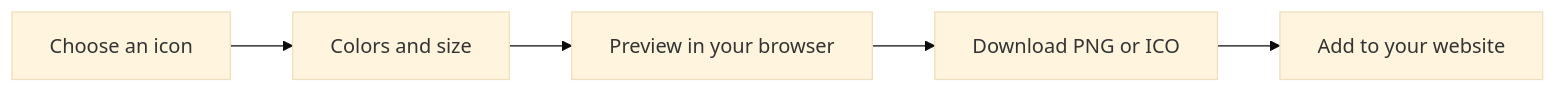
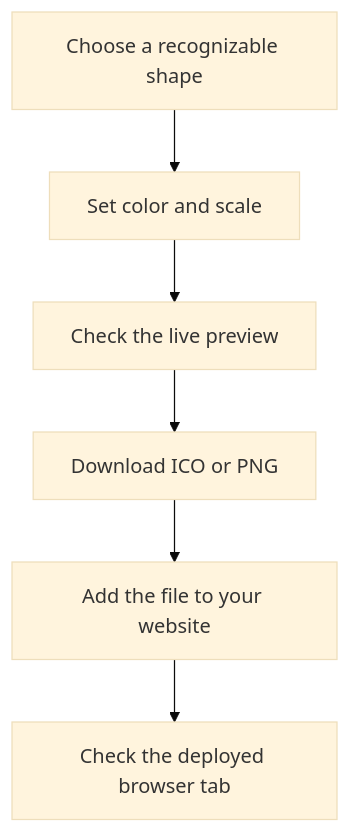
Before and after one commit to nicholasadamou/iconforge: the diagram in docs/README.md, drawn with Mermaid (base theme). The commit also changed other lines of this file and 28 other files, not shown here.

````diff
--- a/docs/README.md
+++ b/docs/README.md
@@ -9,7 +11,8 @@
 ```mermaid
-flowchart LR
-  A[Choose an icon] --> B[Colors and size]
-  B --> C[Preview in your browser]
-  C --> D[Download PNG or ICO]
-  D --> E[Add to your website]
+flowchart TD
+  Idea[Choose a recognizable shape] --> Style[Set color and scale]
+  Style --> Preview[Check the live preview]
+  Preview --> Export[Download ICO or PNG]
+  Export --> Website[Add the file to your website]
+  Website --> Check[Check the deployed browser tab]
 ```
````
